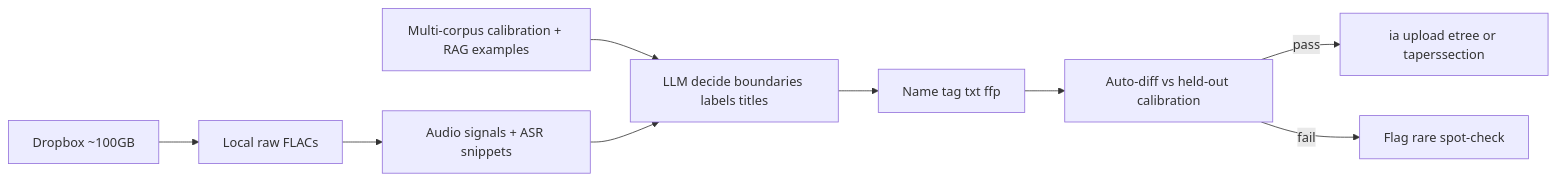
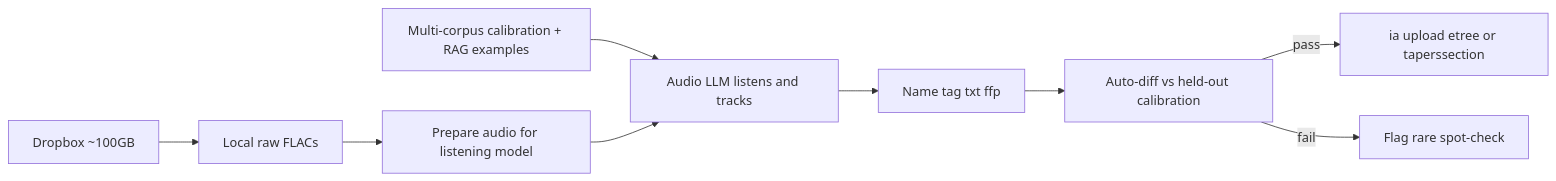
One commit to 151henry151/dat-tracker changed the diagram in PLAN.md. Above: the diagram before and after it, drawn with Mermaid. The commit also changed other lines of this file and 8 other files, not shown here.

````diff
--- a/PLAN.md
+++ b/PLAN.md
@@ -57,11 +57,11 @@
 ```mermaid
 flowchart LR
   dropbox[Dropbox ~100GB] --> local[Local raw FLACs]
-  local --> signals[Audio signals + ASR snippets]
+  local --> audio[Prepare audio for listening model]
   corpus[Multi-corpus calibration + RAG examples] --> llm
-  signals --> llm[LLM decide boundaries labels titles]
+  audio --> llm[Audio LLM listens and tracks]
   llm --> package[Name tag txt ffp]
   package --> validate[Auto-diff vs held-out calibration]
   validate -->|pass| upload[ia upload etree or taperssection]
   validate -->|fail| flag[Flag rare spot-check]
 ```
````
